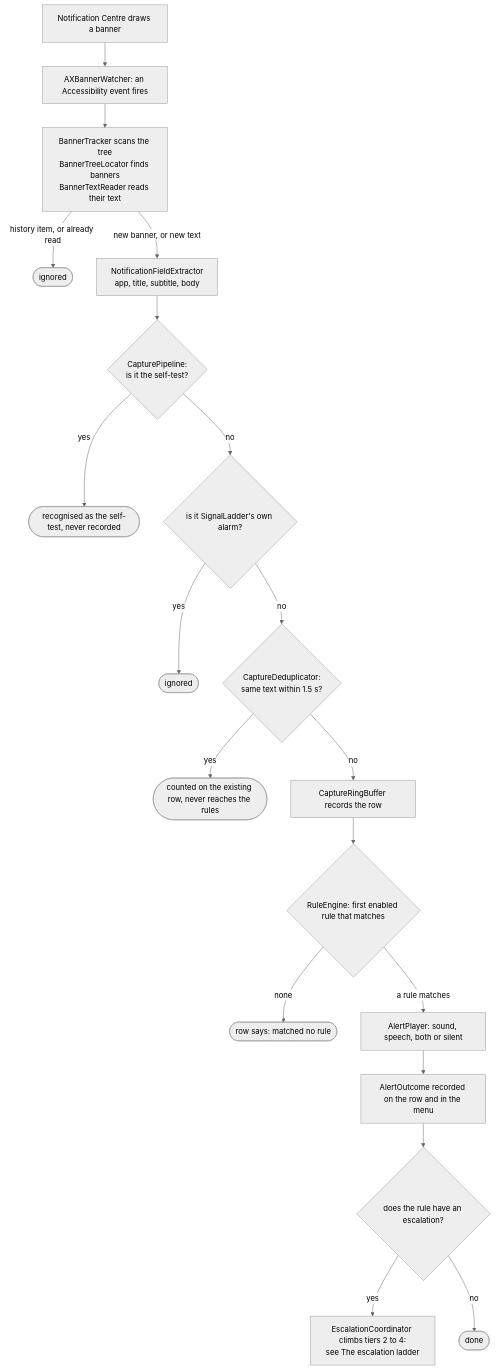
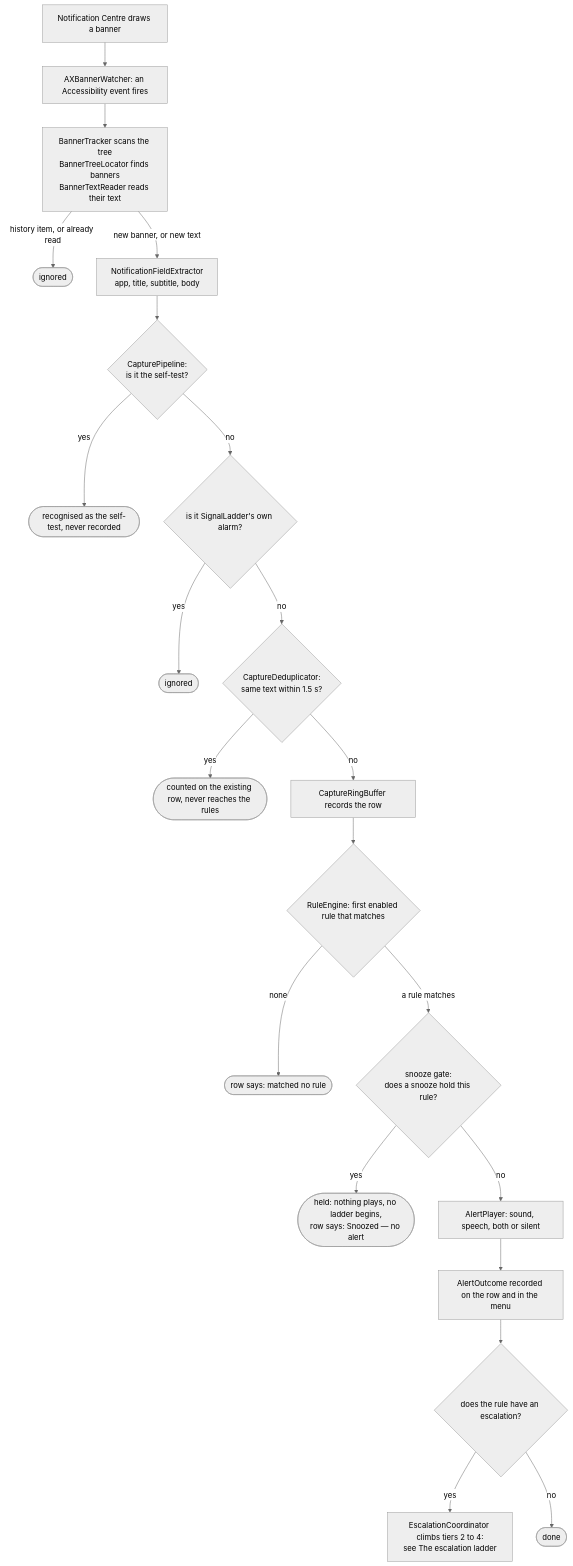
One commit to JWhite212/SignalLadder changed the second of 2 diagrams in docs/architecture.md. Above: the diagram before and after it, drawn with Mermaid (neutral theme). The commit also changed other lines of this file and 11 other files, not shown here.

````diff
--- a/docs/architecture.md
+++ b/docs/architecture.md
@@ -151,21 +155,23 @@
 ```mermaid
 flowchart TD
     A["Notification Centre draws a banner"] --> B["AXBannerWatcher: an Accessibility event fires"]
     B --> C["BannerTracker scans the tree<br/>BannerTreeLocator finds banners<br/>BannerTextReader reads their text"]
     C -->|"history item, or already read"| X1(["ignored"])
     C -->|"new banner, or new text"| D["NotificationFieldExtractor<br/>app, title, subtitle, body"]
     D --> E{"CapturePipeline:<br/>is it the self-test?"}
     E -->|"yes"| X2(["recognised as the self-test, never recorded"])
     E -->|"no"| F{"is it SignalLadder's own alarm?"}
     F -->|"yes"| X3(["ignored"])
     F -->|"no"| G{"CaptureDeduplicator:<br/>same text within 1.5 s?"}
     G -->|"yes"| X4(["counted on the existing row, never reaches the rules"])
     G -->|"no"| H["CaptureRingBuffer records the row"]
     H --> I{"RuleEngine: first enabled rule that matches"}
     I -->|"none"| X5(["row says: matched no rule"])
-    I -->|"a rule matches"| J["AlertPlayer: sound, speech, both or silent"]
+    I -->|"a rule matches"| S{"snooze gate:<br/>does a snooze hold this rule?"}
+    S -->|"yes"| X7(["held: nothing plays, no ladder begins,<br/>row says: Snoozed — no alert"])
+    S -->|"no"| J["AlertPlayer: sound, speech, both or silent"]
     J --> K["AlertOutcome recorded on the row and in the menu"]
     K --> L{"does the rule have an escalation?"}
     L -->|"yes"| M["EscalationCoordinator climbs tiers 2 to 4:<br/>see The escalation ladder"]
     L -->|"no"| X6(["done"])
 ```
````
